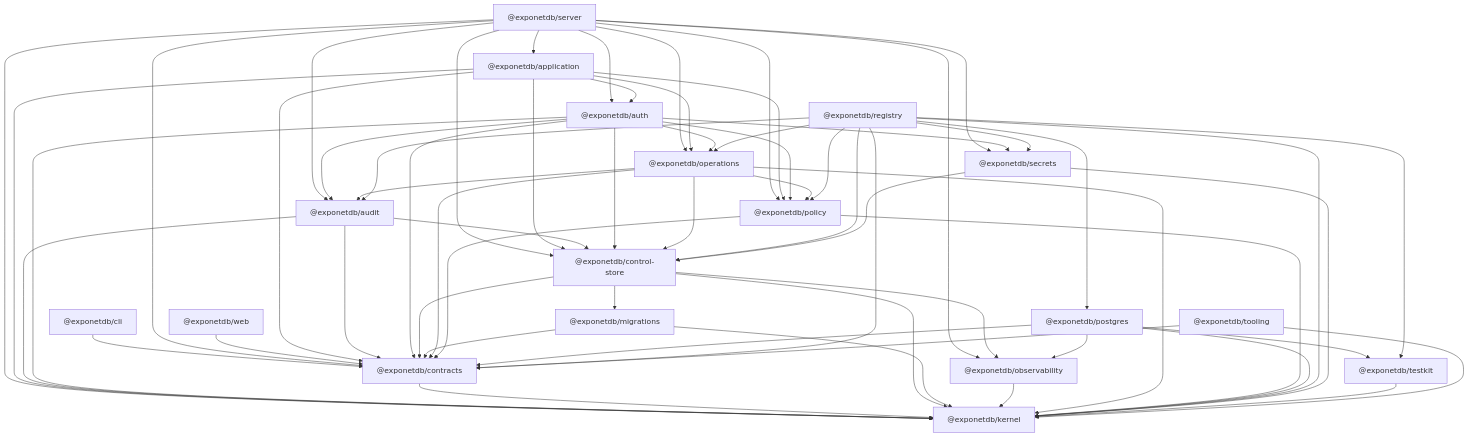
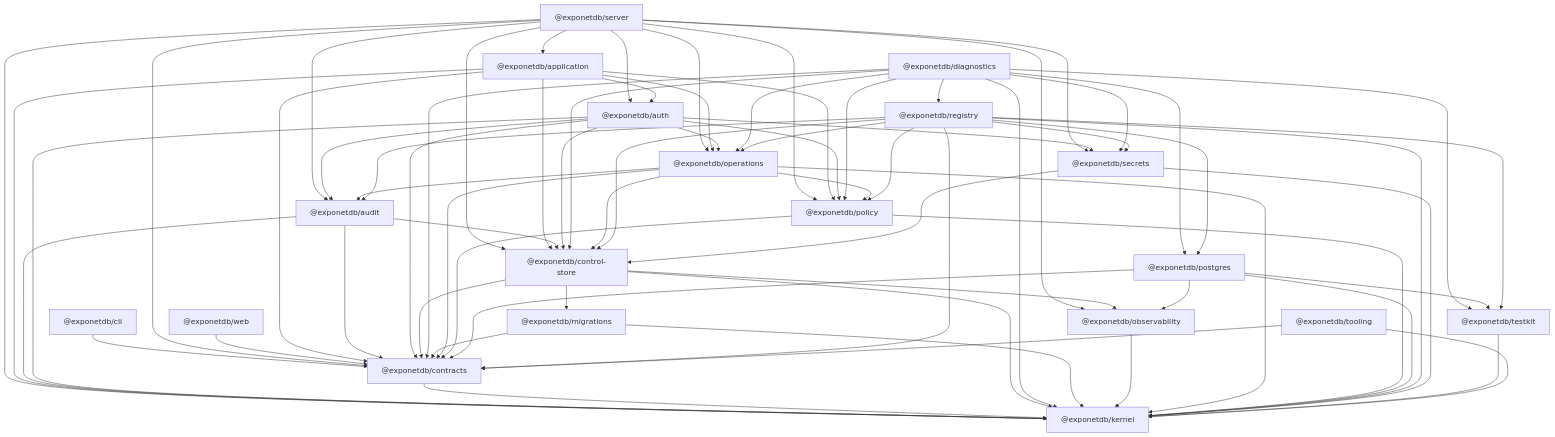
One commit to davdxpx/ExponetDB changed the diagram in tooling/boundaries/package-graph.md. Above: the diagram before and after it, drawn with Mermaid. The commit also changed 31 other files, not shown here.

First line of the commit message:
feat(diagnostics): schema snapshots, health sampling and drift findings for registered targets

```diff
--- a/tooling/boundaries/package-graph.md
+++ b/tooling/boundaries/package-graph.md
@@ -14,6 +14,7 @@
   packages_auth["@exponetdb/auth"]
   packages_contracts["@exponetdb/contracts"]
   packages_control-store["@exponetdb/control-store"]
+  packages_diagnostics["@exponetdb/diagnostics"]
   packages_kernel["@exponetdb/kernel"]
   packages_migrations["@exponetdb/migrations"]
   packages_observability["@exponetdb/observability"]
@@ -57,6 +58,15 @@
   packages_control-store["@exponetdb/control-store"] --> packages_kernel
   packages_control-store["@exponetdb/control-store"] --> packages_migrations
   packages_control-store["@exponetdb/control-store"] --> packages_observability
+  packages_diagnostics["@exponetdb/diagnostics"] --> packages_contracts
+  packages_diagnostics["@exponetdb/diagnostics"] --> packages_control-store
+  packages_diagnostics["@exponetdb/diagnostics"] --> packages_kernel
+  packages_diagnostics["@exponetdb/diagnostics"] --> packages_operations
+  packages_diagnostics["@exponetdb/diagnostics"] --> packages_policy
+  packages_diagnostics["@exponetdb/diagnostics"] --> packages_postgres
+  packages_diagnostics["@exponetdb/diagnostics"] --> packages_registry
+  packages_diagnostics["@exponetdb/diagnostics"] --> packages_secrets
+  packages_diagnostics["@exponetdb/diagnostics"] --> packages_testkit
   packages_migrations["@exponetdb/migrations"] --> packages_contracts
   packages_migrations["@exponetdb/migrations"] --> packages_kernel
   packages_observability["@exponetdb/observability"] --> packages_kernel
```
